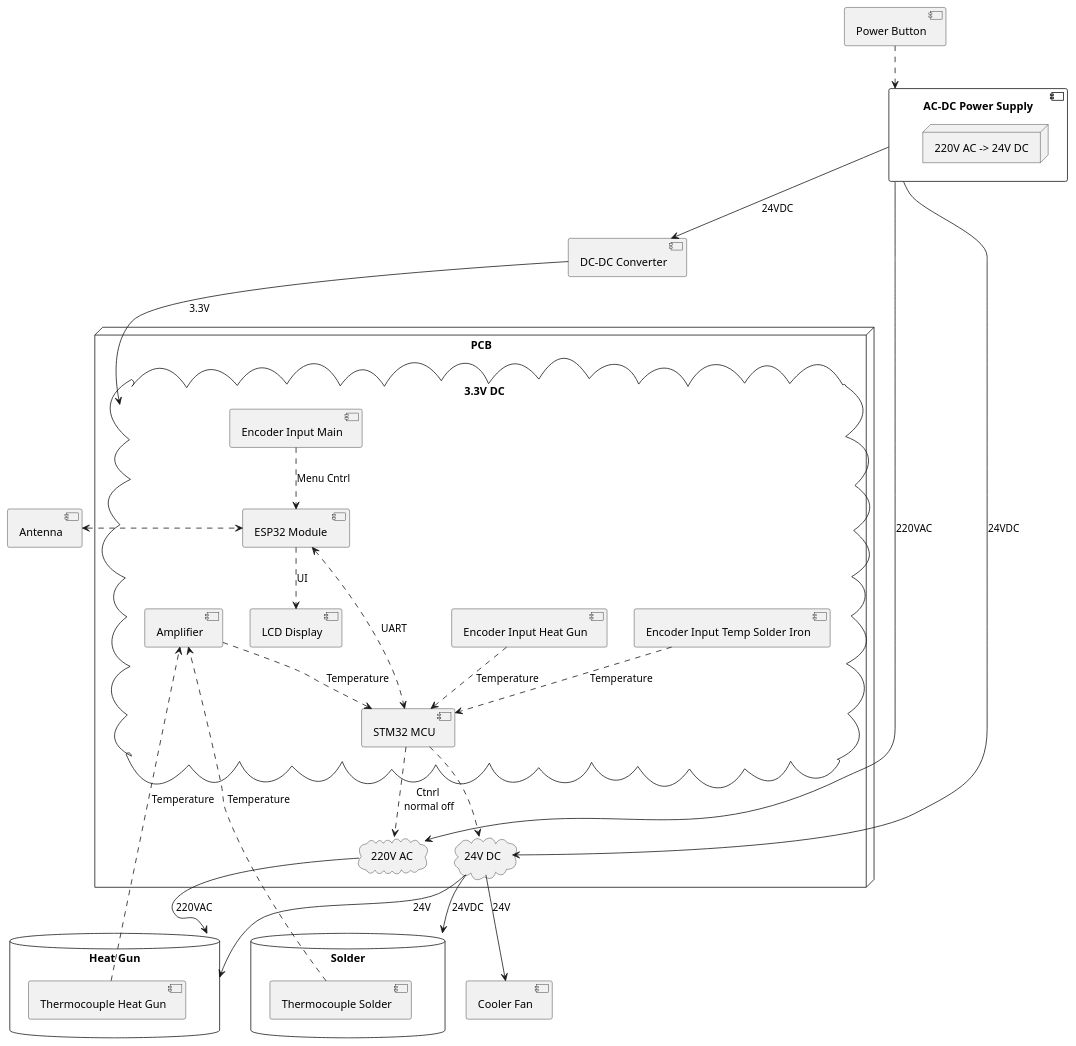
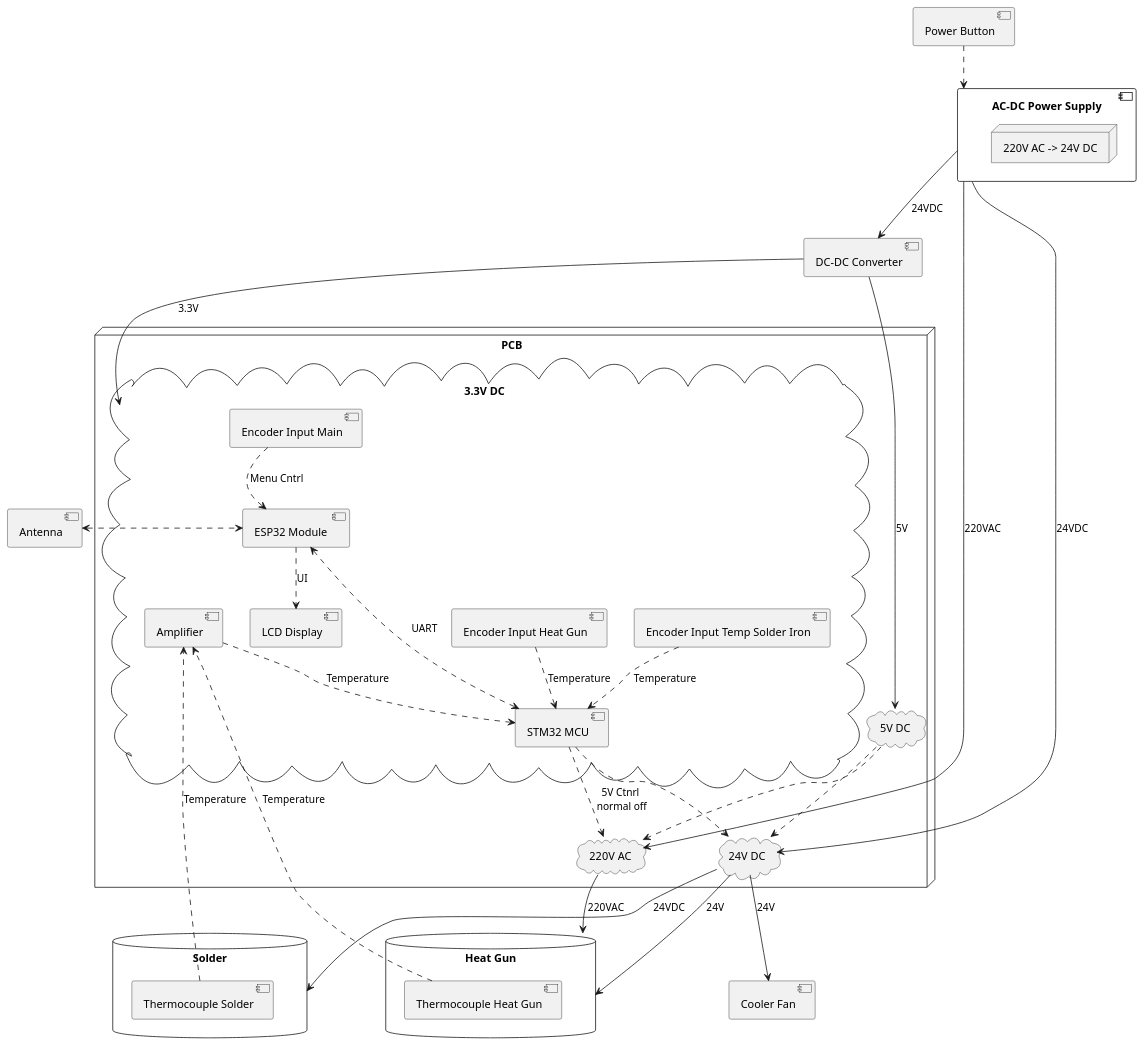
Before and after one commit to keyfour/Phixilab-Soldering-Station: the diagram in doc/device_structure.puml, drawn with PlantUML. The commit also changed 1 other file, not shown here.

```diff
--- a/doc/device_structure.puml
+++ b/doc/device_structure.puml
@@ -1,61 +1,66 @@
 @startuml
 
 component "AC-DC Power Supply" as power {
     node "220V AC -> 24V DC"
 }
 component "DC-DC Converter" as converter
 component "Cooler Fan" as cooller
 component "Antenna" as antenna
 component "Power Button" as button
 
 database "Solder" as solder {
     component "Thermocouple Solder" as thcSolder
 }
 
 database "Heat Gun" as gun {
     component "Thermocouple Heat Gun" as thcHeat
 }
 
 node "PCB" as interfaces {
     cloud "3.3V DC" as lvdomain {
         component "LCD Display" as display
         component "ESP32 Module " as mcu
         component "Encoder Input Temp Solder Iron" as inputTemp
         component "Encoder Input Heat Gun" as inputHeat
         component "Encoder Input Main" as inputMain
         component "STM32 MCU" as driver
         component "Amplifier" as amp
     }
+    cloud "5V DC" as lvdomain2
     cloud "220V AC" as hvdomain
     cloud "24V DC"  as mvdomain
 }
 
 power --> converter : 24VDC
 power --> hvdomain : 220VAC
 power --> mvdomain : 24VDC
 converter --> lvdomain : 3.3V
+converter --> lvdomain2 : 5V
 mvdomain --> cooller : 24V
 mvdomain -down-> solder : 24VDC   
 hvdomain -down-> gun : 220VAC
 mvdomain --> gun : 24V
 
 thcSolder ..> amp : Temperature
 thcHeat ..> amp : Temperature
 amp ..> driver : Temperature
 
 mcu ..> display : UI
 
 inputMain ..> mcu : Menu Cntrl
 inputTemp ..> driver : Temperature
 inputHeat ..> driver : Temperature
 
 mcu <...> driver : UART
 
-driver ..> hvdomain : Ctnrl\n normal off
+driver ..> hvdomain : 5V Ctnrl\n normal off
 driver ..> mvdomain
+
+lvdomain2 ..> hvdomain
+lvdomain2 ..>mvdomain
 
 mcu <.left.> antenna
 
 button ..> power
 
 @enduml
```
